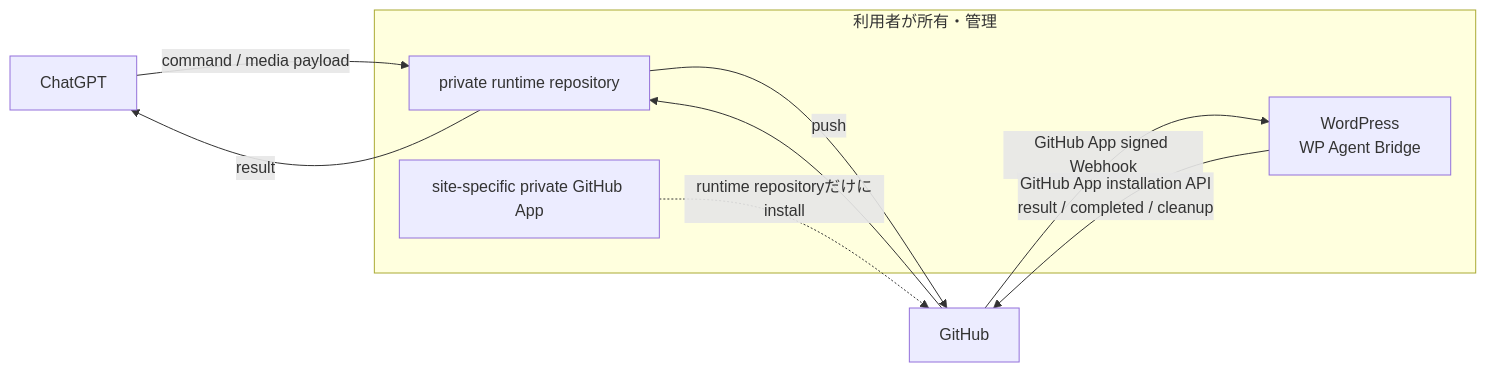
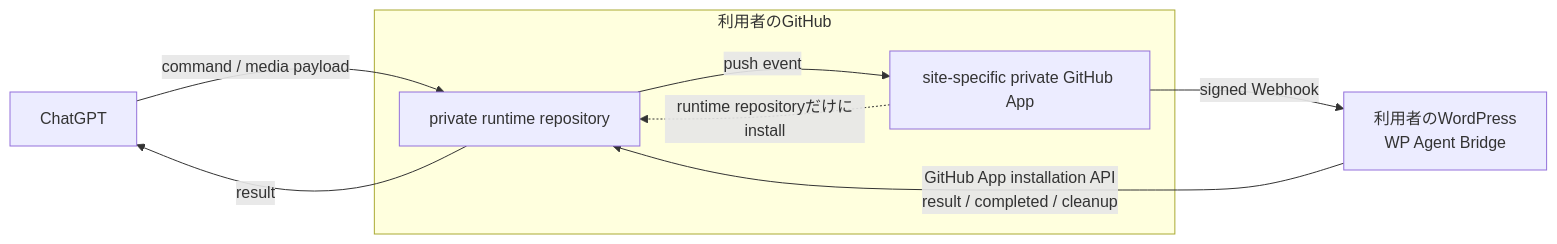
One commit to takka-d/wp-agent-bridge changed the first of 2 diagrams in README.md. Above: the diagram before and after it, drawn with Mermaid. The commit also changed other lines of this file, not shown here.

Commit message:
Clarify public Direct Runtime architecture and release status

````diff
--- a/README.md
+++ b/README.md
@@ -9,19 +16,19 @@
 ```mermaid
 flowchart LR
     C["ChatGPT"]
 
-    subgraph U["利用者が所有・管理"]
+    subgraph GH["利用者のGitHub"]
         R["private runtime repository"]
         A["site-specific private GitHub App"]
-        W["WordPress<br/>WP Agent Bridge"]
     end
 
+    W["利用者のWordPress<br/>WP Agent Bridge"]
+
     C -->|"command / media payload"| R
-    R -->|"push"| G["GitHub"]
-    G -->|"GitHub App signed Webhook"| W
-    W -->|"GitHub App installation API<br/>result / completed / cleanup"| G
-    G --> R
+    R -->|"push event"| A
+    A -->|"signed Webhook"| W
+    W -->|"GitHub App installation API<br/>result / completed / cleanup"| R
     R -->|"result"| C
 
-    A -. "runtime repositoryだけにinstall" .-> G
+    A -. "runtime repositoryだけにinstall" .-> R
 ```
````
